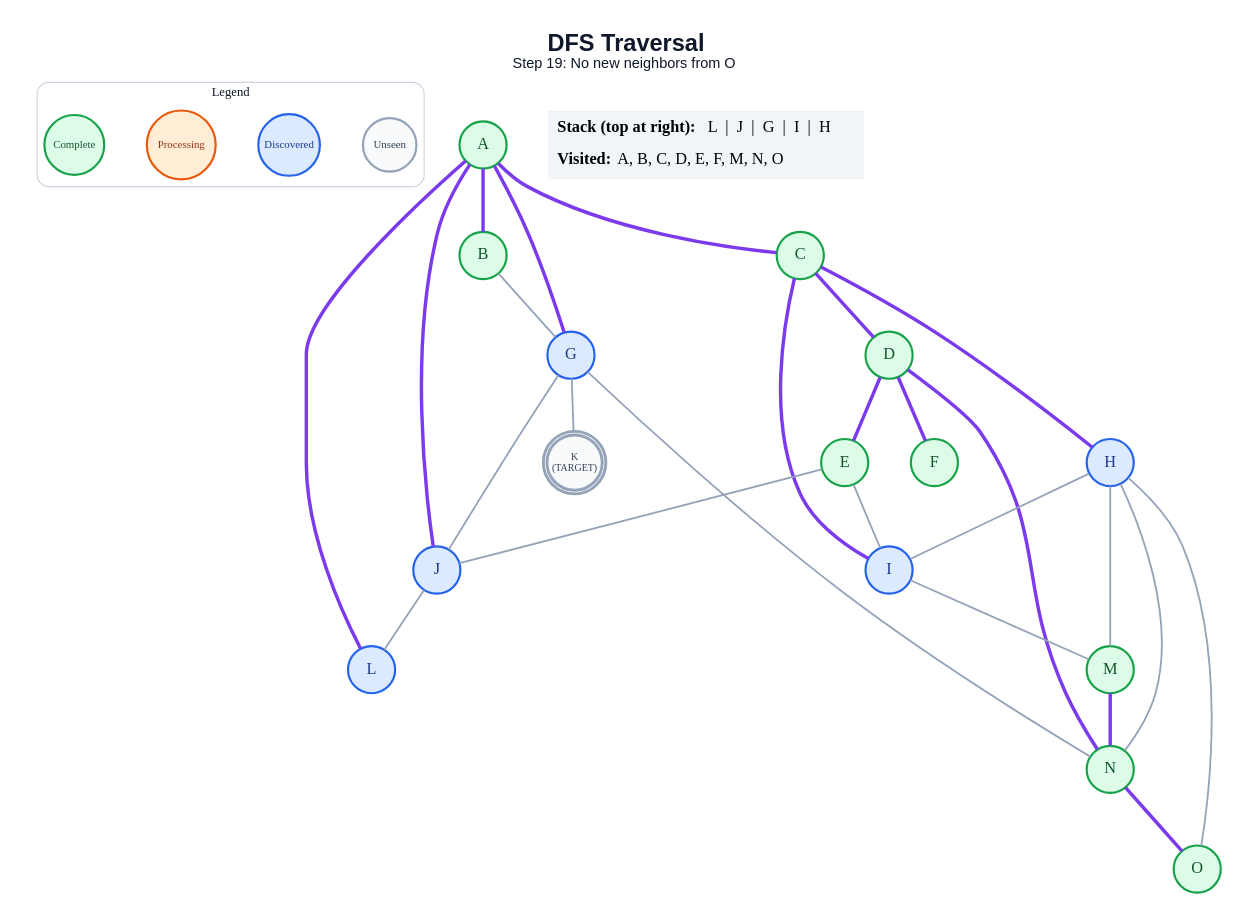
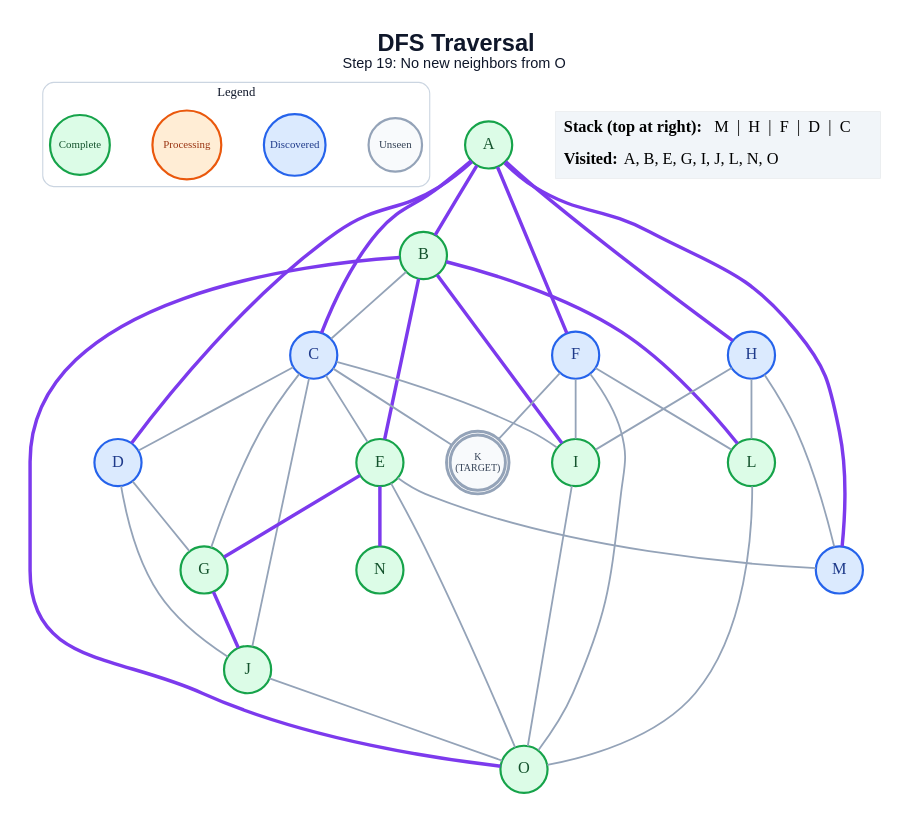
One commit to anon7238593-create/ai-slop changed the diagram in generated/short-circuit/dfs/step_19.dot. Above: the diagram before and after it, drawn with Graphviz. The commit also changed 309 other files, not shown here.

```diff
--- a/generated/short-circuit/dfs/step_19.dot
+++ b/generated/short-circuit/dfs/step_19.dot
@@ -1,59 +1,68 @@
 graph traversal {
   graph [layout=dot, rankdir=TB, bgcolor="#FFFFFF", pad="0.35", nodesep="0.65", ranksep="0.8", fontname="Arial"];
   node [shape=circle, style="filled", fontname="Arial Bold", fontsize=18, width=0.72, fixedsize=true, penwidth=2.4];
   edge [color="#94A3B8", penwidth=2.0];
   label=<<B>DFS Traversal</B><BR/><FONT POINT-SIZE="16">Step 19: No new neighbors from O</FONT>>; labelloc="t"; fontsize=26; fontname="Arial"; fontcolor="#0F172A";
   subgraph cluster_legend { label="Legend"; color="#CBD5E1"; penwidth=1.2; style="rounded"; fontsize=14; fontname="Arial Bold";
     key_unseen [label="Unseen", fillcolor="#F8FAFC", color="#94A3B8", fontcolor="#334155", fontsize=12, width=0.82];
     key_frontier [label="Discovered", fillcolor="#DBEAFE", color="#2563EB", fontcolor="#1E3A8A", fontsize=12, width=0.95];
     key_current [label="Processing", fillcolor="#FFEDD5", color="#EA580C", fontcolor="#9A3412", fontsize=12, width=1.05];
     key_done [label="Complete", fillcolor="#DCFCE7", color="#16A34A", fontcolor="#14532D", fontsize=12, width=0.92];
     { rank=same; key_unseen; key_frontier; key_current; key_done; }
   }
   A [label="A", fillcolor="#DCFCE7", color="#16A34A", fontcolor="#14532D", peripheries=1, penwidth=2.4];
   B [label="B", fillcolor="#DCFCE7", color="#16A34A", fontcolor="#14532D", peripheries=1, penwidth=2.4];
-  C [label="C", fillcolor="#DCFCE7", color="#16A34A", fontcolor="#14532D", peripheries=1, penwidth=2.4];
-  D [label="D", fillcolor="#DCFCE7", color="#16A34A", fontcolor="#14532D", peripheries=1, penwidth=2.4];
+  C [label="C", fillcolor="#DBEAFE", color="#2563EB", fontcolor="#1E3A8A", peripheries=1, penwidth=2.4];
+  D [label="D", fillcolor="#DBEAFE", color="#2563EB", fontcolor="#1E3A8A", peripheries=1, penwidth=2.4];
   E [label="E", fillcolor="#DCFCE7", color="#16A34A", fontcolor="#14532D", peripheries=1, penwidth=2.4];
-  F [label="F", fillcolor="#DCFCE7", color="#16A34A", fontcolor="#14532D", peripheries=1, penwidth=2.4];
-  G [label="G", fillcolor="#DBEAFE", color="#2563EB", fontcolor="#1E3A8A", peripheries=1, penwidth=2.4];
+  F [label="F", fillcolor="#DBEAFE", color="#2563EB", fontcolor="#1E3A8A", peripheries=1, penwidth=2.4];
+  G [label="G", fillcolor="#DCFCE7", color="#16A34A", fontcolor="#14532D", peripheries=1, penwidth=2.4];
   H [label="H", fillcolor="#DBEAFE", color="#2563EB", fontcolor="#1E3A8A", peripheries=1, penwidth=2.4];
-  I [label="I", fillcolor="#DBEAFE", color="#2563EB", fontcolor="#1E3A8A", peripheries=1, penwidth=2.4];
-  J [label="J", fillcolor="#DBEAFE", color="#2563EB", fontcolor="#1E3A8A", peripheries=1, penwidth=2.4];
+  I [label="I", fillcolor="#DCFCE7", color="#16A34A", fontcolor="#14532D", peripheries=1, penwidth=2.4];
+  J [label="J", fillcolor="#DCFCE7", color="#16A34A", fontcolor="#14532D", peripheries=1, penwidth=2.4];
   K [label="K\n(TARGET)", fillcolor="#F8FAFC", color="#94A3B8", fontcolor="#334155", peripheries=2, penwidth=3.2, fontsize=11, width=0.85, height=0.85];
-  L [label="L", fillcolor="#DBEAFE", color="#2563EB", fontcolor="#1E3A8A", peripheries=1, penwidth=2.4];
-  M [label="M", fillcolor="#DCFCE7", color="#16A34A", fontcolor="#14532D", peripheries=1, penwidth=2.4];
+  L [label="L", fillcolor="#DCFCE7", color="#16A34A", fontcolor="#14532D", peripheries=1, penwidth=2.4];
+  M [label="M", fillcolor="#DBEAFE", color="#2563EB", fontcolor="#1E3A8A", peripheries=1, penwidth=2.4];
   N [label="N", fillcolor="#DCFCE7", color="#16A34A", fontcolor="#14532D", peripheries=1, penwidth=2.4];
   O [label="O", fillcolor="#DCFCE7", color="#16A34A", fontcolor="#14532D", peripheries=1, penwidth=2.4];
   A -- B [color="#7C3AED", penwidth=3.8];
   A -- C [color="#7C3AED", penwidth=3.8];
-  A -- G [color="#7C3AED", penwidth=3.8];
-  A -- J [color="#7C3AED", penwidth=3.8];
-  A -- L [color="#7C3AED", penwidth=3.8];
-  B -- G;
-  C -- D [color="#7C3AED", penwidth=3.8];
-  C -- H [color="#7C3AED", penwidth=3.8];
-  C -- I [color="#7C3AED", penwidth=3.8];
-  D -- E [color="#7C3AED", penwidth=3.8];
-  D -- F [color="#7C3AED", penwidth=3.8];
-  D -- N [color="#7C3AED", penwidth=3.8];
-  E -- I;
-  E -- J;
-  G -- J;
-  G -- K;
-  G -- N;
+  A -- D [color="#7C3AED", penwidth=3.8];
+  A -- F [color="#7C3AED", penwidth=3.8];
+  A -- H [color="#7C3AED", penwidth=3.8];
+  A -- M [color="#7C3AED", penwidth=3.8];
+  B -- C;
+  B -- E [color="#7C3AED", penwidth=3.8];
+  B -- I [color="#7C3AED", penwidth=3.8];
+  B -- L [color="#7C3AED", penwidth=3.8];
+  B -- O [color="#7C3AED", penwidth=3.8];
+  C -- D;
+  C -- E;
+  C -- G;
+  C -- I;
+  C -- J;
+  C -- K;
+  D -- G;
+  D -- J;
+  E -- G [color="#7C3AED", penwidth=3.8];
+  E -- M;
+  E -- N [color="#7C3AED", penwidth=3.8];
+  E -- O;
+  F -- I;
+  F -- K;
+  F -- L;
+  F -- O;
+  G -- J [color="#7C3AED", penwidth=3.8];
   H -- I;
+  H -- L;
   H -- M;
-  H -- N;
-  H -- O;
-  I -- M;
-  J -- L;
-  M -- N [color="#7C3AED", penwidth=3.8];
-  N -- O [color="#7C3AED", penwidth=3.8];
+  I -- O;
+  J -- O;
+  L -- O;
   status [shape=plain, fixedsize=false, width=0, height=0, margin=0, label=<
     <TABLE BORDER="0" CELLBORDER="0" CELLPADDING="7" BGCOLOR="#F1F5F9">
-      <TR><TD ALIGN="LEFT"><B>Stack (top at right):</B> L  |  J  |  G  |  I  |  H</TD></TR>
-      <TR><TD ALIGN="LEFT"><B>Visited:</B> A, B, C, D, E, F, M, N, O</TD></TR>
+      <TR><TD ALIGN="LEFT"><B>Stack (top at right):</B> M  |  H  |  F  |  D  |  C</TD></TR>
+      <TR><TD ALIGN="LEFT"><B>Visited:</B> A, B, E, G, I, J, L, N, O</TD></TR>
     </TABLE>
   >];
 }
```
